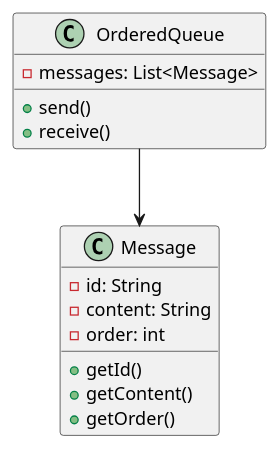
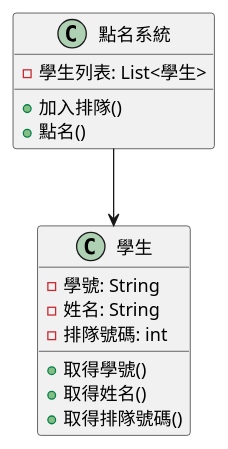
One commit to fine5351/info-sync changed the first of 3 diagrams in doc/learning/architecture/message_queue_ordered_tutorial.md. Above: the diagram before and after it, drawn with PlantUML. The commit also changed other lines of this file and 35 other files, not shown here.

````diff
--- a/doc/learning/architecture/message_queue_ordered_tutorial.md
+++ b/doc/learning/architecture/message_queue_ordered_tutorial.md
@@ -85,20 +85,20 @@
 ```plantuml
 @startuml
-class Message {
-    - id: String
-    - content: String
-    - order: int
-    + getId()
-    + getContent()
-    + getOrder()
+class 學生 {
+    - 學號: String
+    - 姓名: String
+    - 排隊號碼: int
+    + 取得學號()
+    + 取得姓名()
+    + 取得排隊號碼()
 }
 
-class OrderedQueue {
-    - messages: List<Message>
-    + send()
-    + receive()
+class 點名系統 {
+    - 學生列表: List<學生>
+    + 加入排隊()
+    + 點名()
 }
 
-OrderedQueue --> Message
+點名系統 --> 學生
 @enduml
 ```
````
